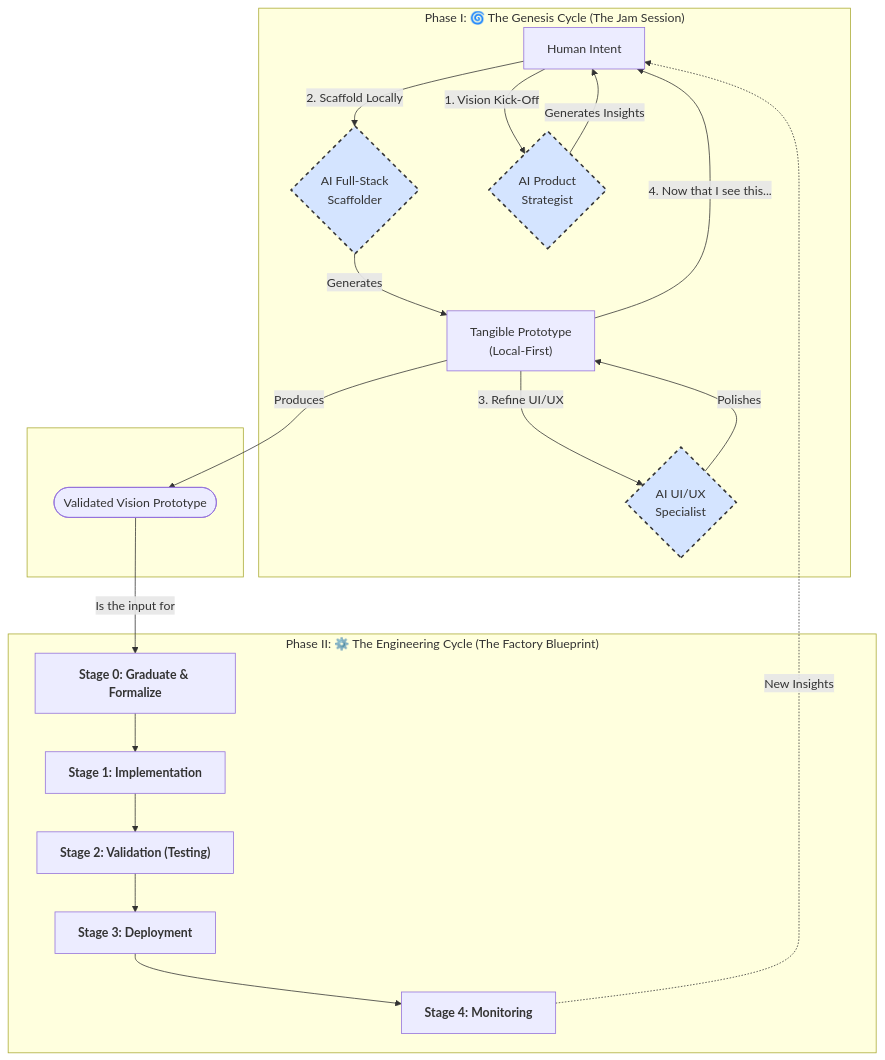
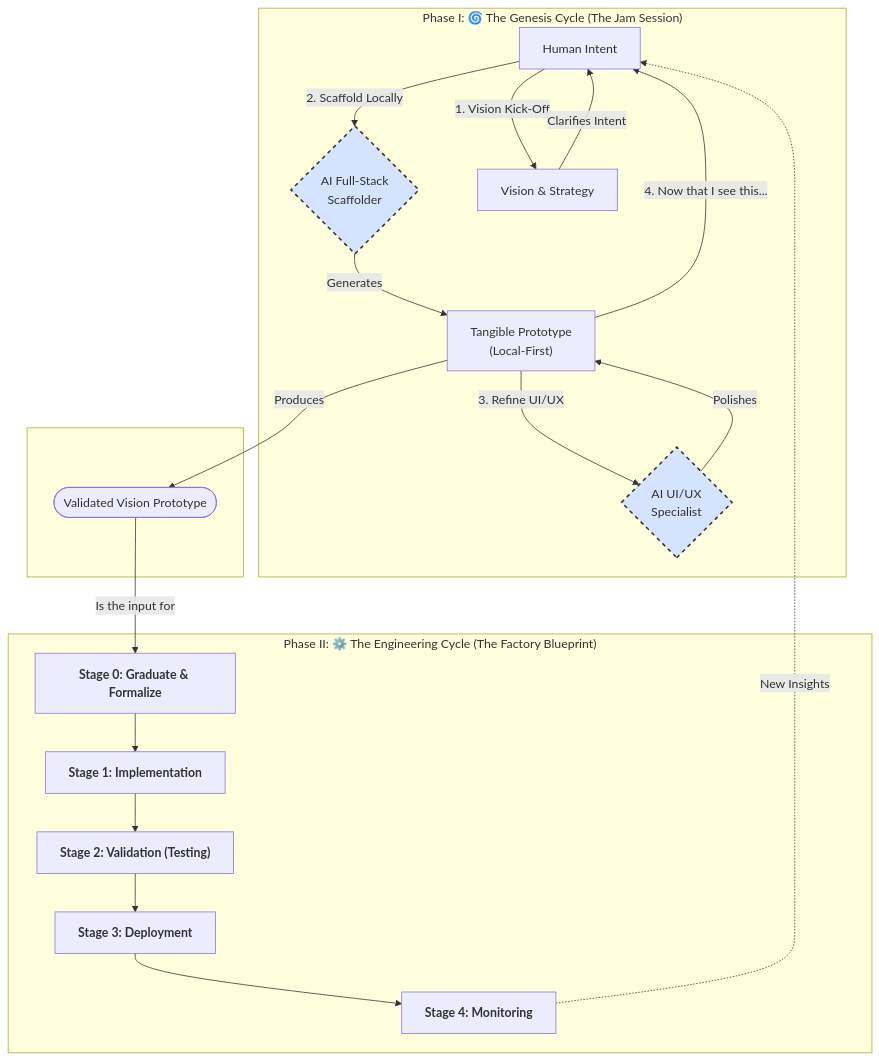
One commit to richfrem/quantum-diamond changed the diagram in README.md. Above: the diagram before and after it, drawn with Mermaid. The commit also changed other lines of this file and 6 other files, not shown here.

Commit message:
made updates to framework to add a passive persona transparent to the user in phase 1 that considers the future phase architecture/engineering rigour

````diff
--- a/README.md
+++ b/README.md
@@ -28,41 +28,40 @@
 ```mermaid
 graph TD
     subgraph "Phase I: 🌀 The Genesis Cycle (The Jam Session)"
         A[Human Intent]
         B{AI Full-Stack<br/>Scaffolder}
         C["Tangible Prototype<br/>(Local-First)"]
         D{AI UI/UX<br/>Specialist}
-        E{AI Product<br/>Strategist}
+        E[Vision & Strategy]
 
         A -- "1. Vision Kick-Off" --> E
-        E -- "Generates Insights" --> A
+        E -- "Clarifies Intent" --> A
         A -- "2. Scaffold Locally" --> B
         B -- "Generates" --> C
         C -- "3. Refine UI/UX" --> D
         D -- "Polishes" --> C
         C -- "4. Now that I see this..." --> A
     end
     
     subgraph " "
         ValidatedVision(["Validated Vision Prototype"])
         C -- "Produces" --> ValidatedVision
     end
 
     subgraph "Phase II: ⚙️ The Engineering Cycle (The Factory Blueprint)"
         S0[<b>Stage 0: Graduate & Formalize</b>]
         S1[<b>Stage 1: Implementation</b>]
         S2["<b>Stage 2: Validation (Testing)</b>"]
         S3[<b>Stage 3: Deployment</b>]
         S4[<b>Stage 4: Monitoring</b>]
         
         S0 --> S1 --> S2 --> S3 --> S4
     end
 
     ValidatedVision -- "Is the input for" --> S0
     S4 -.-> |New Insights| A
 
     %% Styling
     style B fill:#d4e4ff,stroke:#333,stroke-width:2px,stroke-dasharray: 5 5
     style D fill:#d4e4ff,stroke:#333,stroke-width:2px,stroke-dasharray: 5 5
-    style E fill:#d4e4ff,stroke:#333,stroke-width:2px,stroke-dasharray: 5 5
 ```
````
